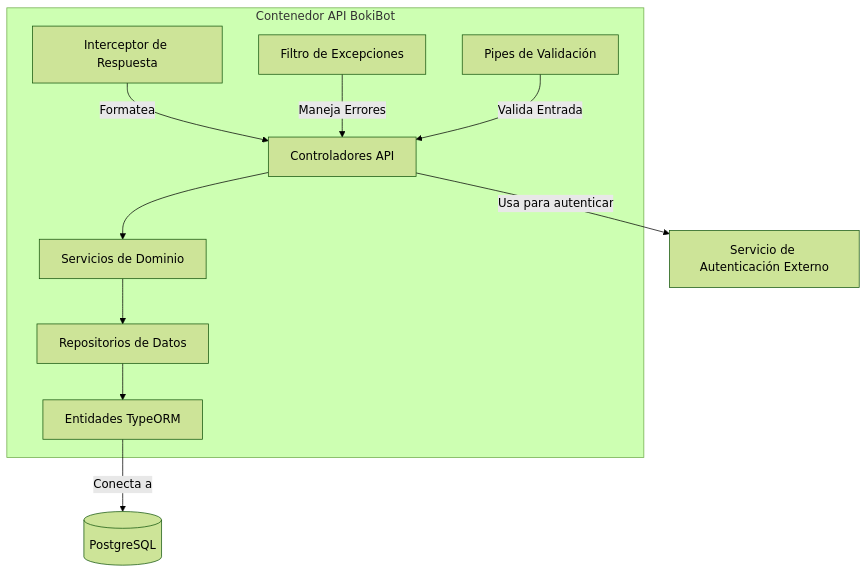
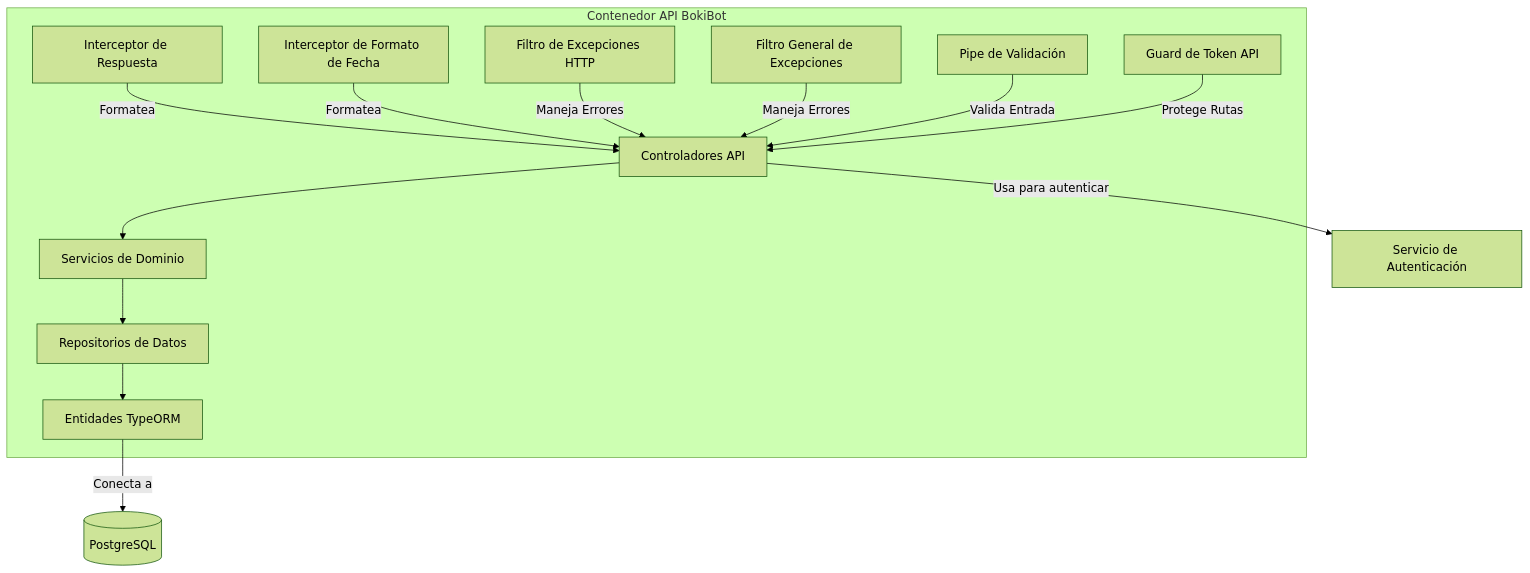
Before and after one commit to camilocalderont/boki-api: the second of 3 diagrams in README.md, drawn with Mermaid (forest theme). The commit also changed other lines of this file, not shown here.

Commit message:
docs: actualizar README.md para reflejar cambios en la arquitectura de BokiBot API, incluyendo la transición a PostgreSQL, la eliminación de esquemas Joi en favor de DTOs y la adición de nuevos módulos y servicios.

````diff
--- a/README.md
+++ b/README.md
@@ -20,15 +20,18 @@
 ```mermaid
 graph TD
     subgraph "Contenedor API BokiBot"
         Controllers[Controladores API] --> Services[Servicios de Dominio]
         Services --> Repositories[Repositorios de Datos]
         Interceptors[Interceptor de Respuesta] -->|Formatea| Controllers
-        ExceptionFilter[Filtro de Excepciones] -->|Maneja Errores| Controllers
-        Pipes[Pipes de Validación] -->|Valida Entrada| Controllers
+        DateFormatInterceptor[Interceptor de Formato de Fecha] -->|Formatea| Controllers
+        ExceptionFilter[Filtro de Excepciones HTTP] -->|Maneja Errores| Controllers
+        AllExceptionsFilter[Filtro General de Excepciones] -->|Maneja Errores| Controllers
+        ValidationPipe[Pipe de Validación] -->|Valida Entrada| Controllers
+        ApiTokenGuard[Guard de Token API] -->|Protege Rutas| Controllers
         Repositories --> DBAccess[Entidades TypeORM]
     end
 
     DBAccess -->|Conecta a| Database[(PostgreSQL)]
-    AuthService[Servicio de Autenticación Externo]
-    Controllers -->|Usa para autenticar| AuthService
+    ExternalAuth[Servicio de Autenticación]
+    Controllers -->|Usa para autenticar| ExternalAuth
 ```
````
